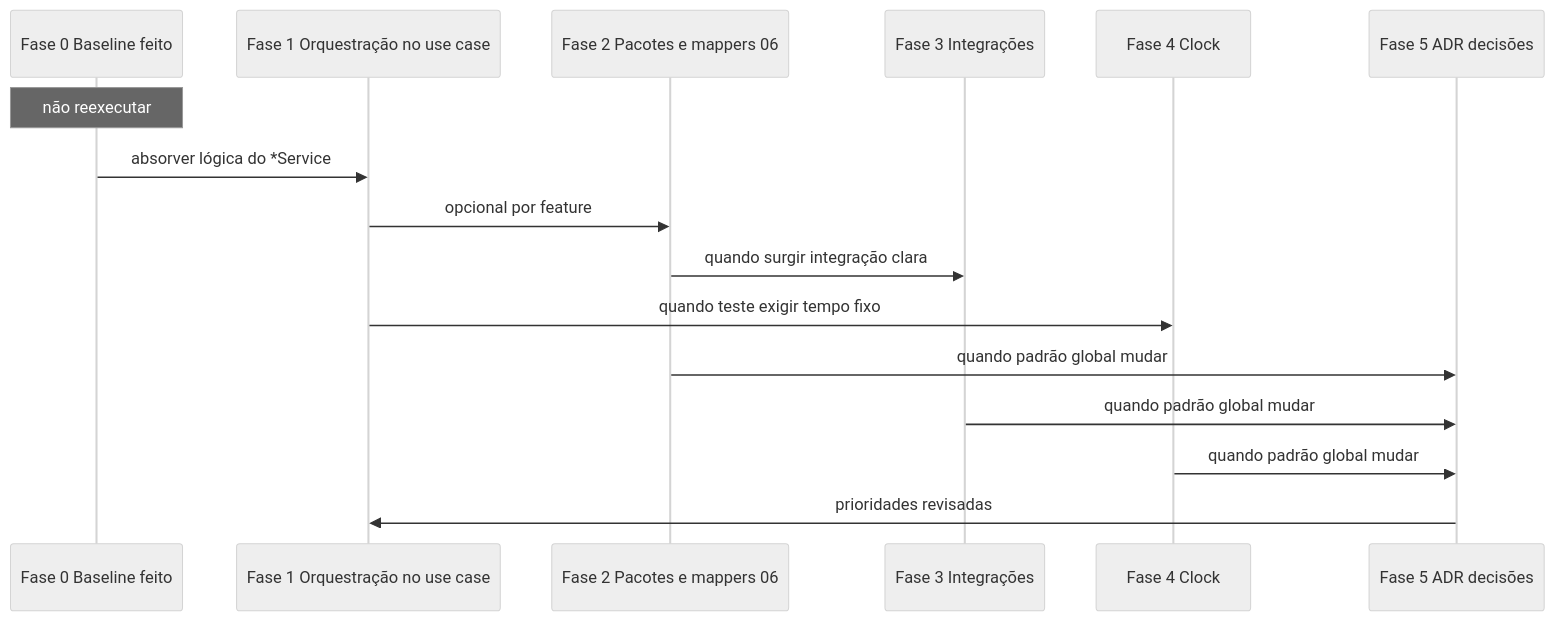
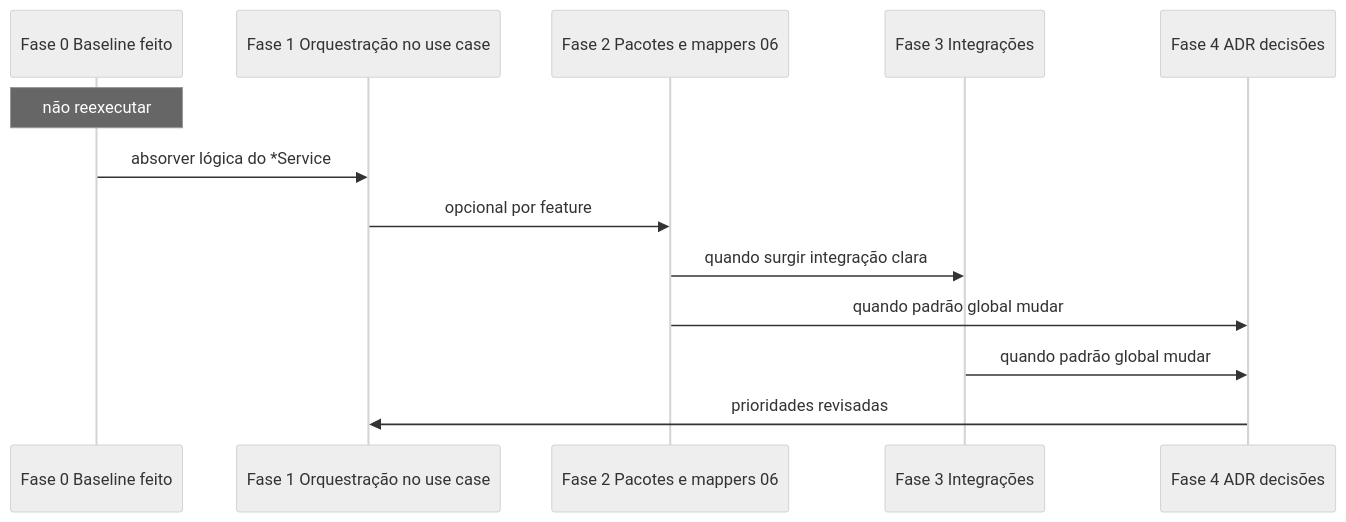
One commit to Felipendev/agencia-hub-api changed the diagram in docs/architecture/04-incremental-refactoring-roadmap.md. Above: the diagram before and after it, drawn with Mermaid (neutral theme). The commit also changed other lines of this file and 5 other files, not shown here.

First line of the commit message:
docs: remover fase de tempo do roadmap; sem menção a Clock

````diff
--- a/docs/architecture/04-incremental-refactoring-roadmap.md
+++ b/docs/architecture/04-incremental-refactoring-roadmap.md
@@ -27,19 +27,16 @@
 ```mermaid
 sequenceDiagram
     participant F0 as Fase 0 Baseline feito
     participant F1 as Fase 1 Orquestração no use case
     participant F2 as Fase 2 Pacotes e mappers 06
     participant F3 as Fase 3 Integrações
-    participant F4 as Fase 4 Clock
-    participant F5 as Fase 5 ADR decisões
+    participant F4 as Fase 4 ADR decisões
 
     Note over F0: não reexecutar
     F0->>F1: absorver lógica do *Service
     F1->>F2: opcional por feature
     F2->>F3: quando surgir integração clara
-    F1->>F4: quando teste exigir tempo fixo
-    F2->>F5: quando padrão global mudar
-    F3->>F5: quando padrão global mudar
-    F4->>F5: quando padrão global mudar
-    F5->>F1: prioridades revisadas
+    F2->>F4: quando padrão global mudar
+    F3->>F4: quando padrão global mudar
+    F4->>F1: prioridades revisadas
 ```
````
